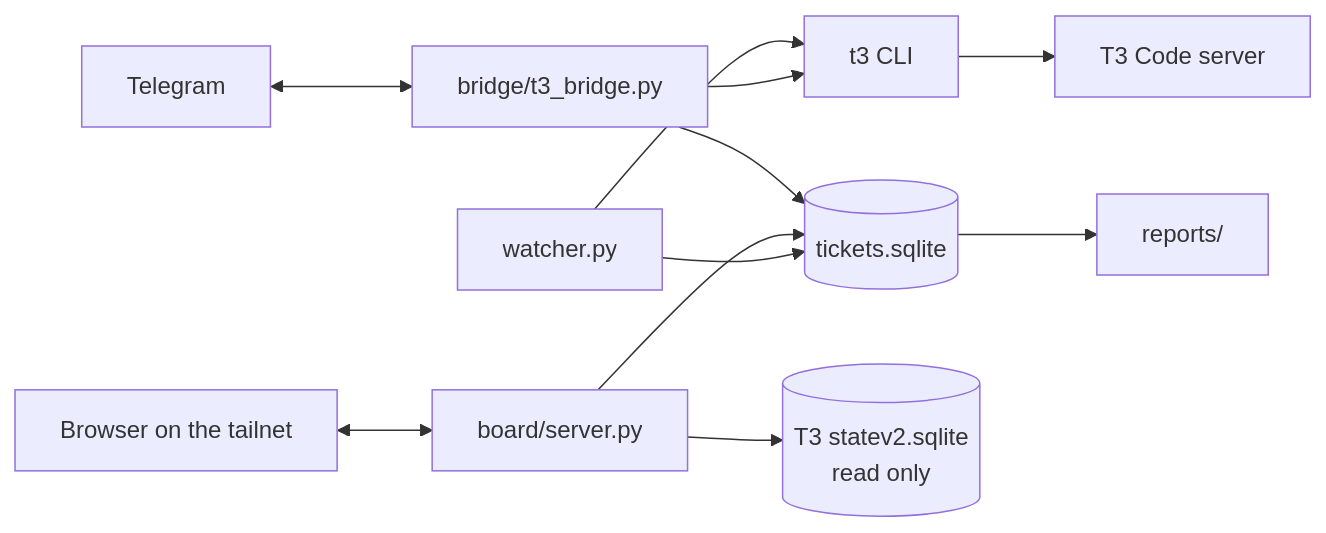
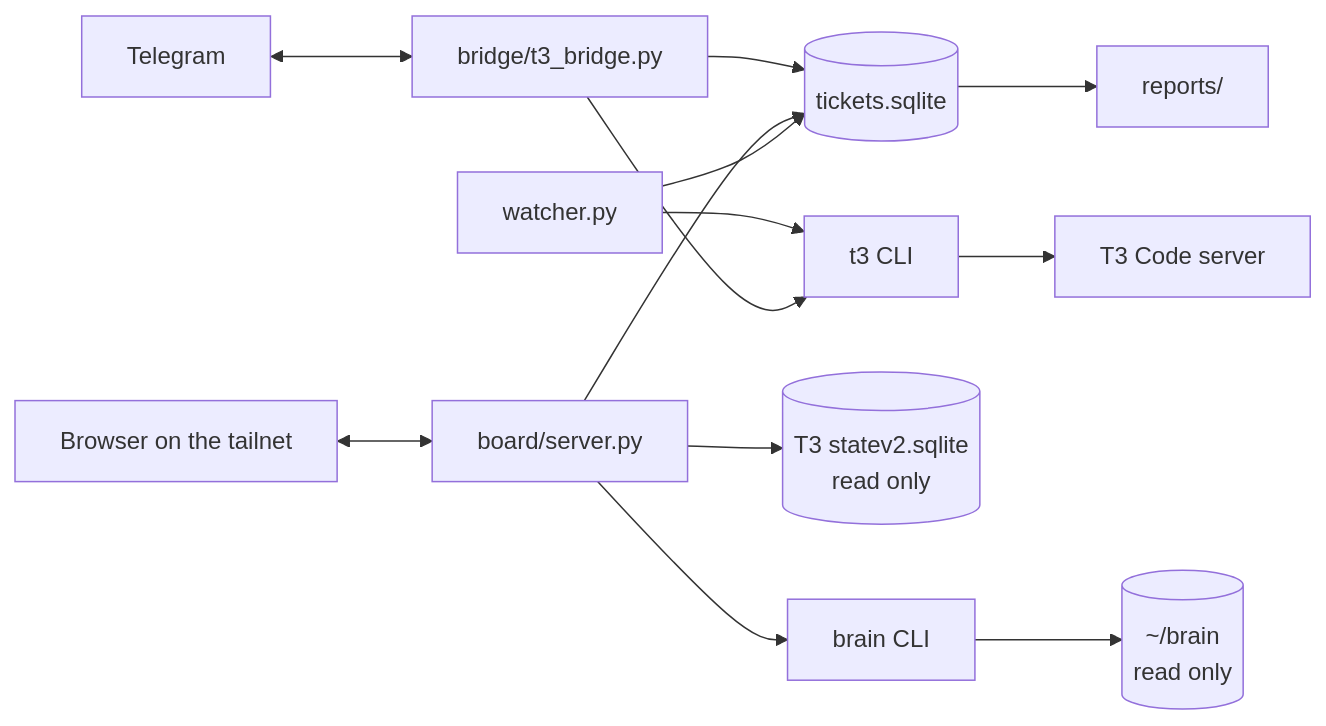
The first of 5 diagrams in docs/architecture.md (momokii/t3-workflow), drawn with Mermaid before and after one commit. The commit also changed other lines of this file and 17 other files, not shown here.

Commit message:
feat(board): add a read-only Second Brain vault view

````diff
--- a/docs/architecture.md
+++ b/docs/architecture.md
@@ -7,13 +7,15 @@
 ```mermaid
 flowchart LR
     TG[Telegram] <--> BR[bridge/t3_bridge.py]
     WEB[Browser on the tailnet] <--> BD[board/server.py]
     BR --> ST[(tickets.sqlite)]
     BD --> ST
     WT[watcher.py] --> ST
     WT --> T3[t3 CLI]
     BR --> T3
     BD --> T3DB[(T3 statev2.sqlite<br/>read only)]
+    BD --> BRAIN[brain CLI]
+    BRAIN --> VAULT[(~/brain<br/>read only)]
     ST --> REP[reports/]
     T3 --> SERVER[T3 Code server]
 ```
````
